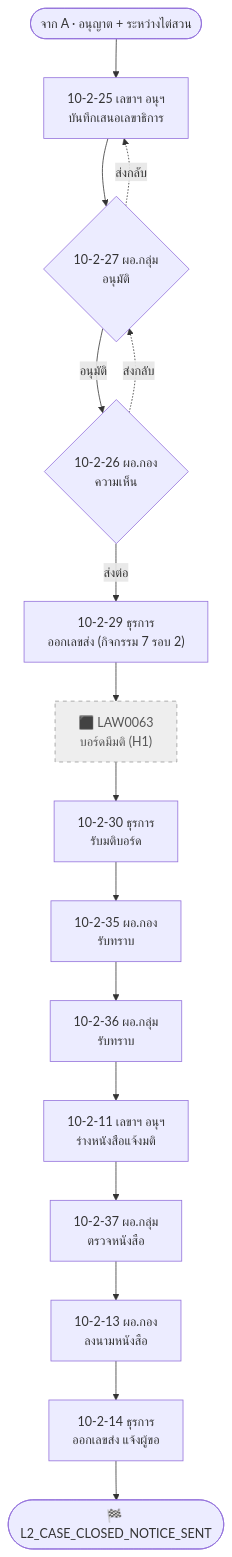
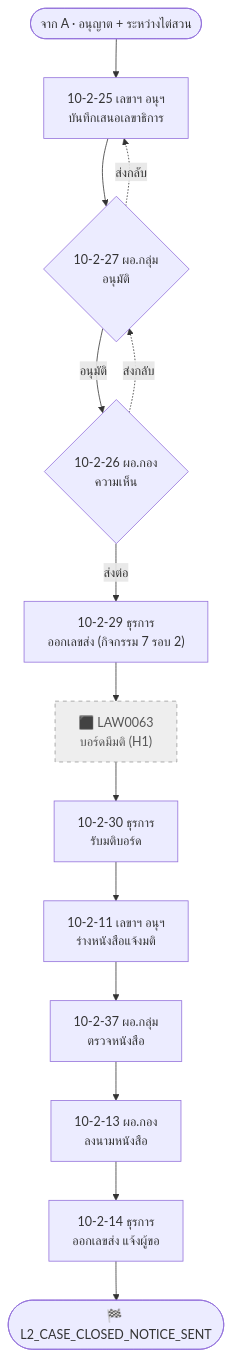
One commit to varitthon/E-CMIS-A4 changed the fourth of 4 diagrams in docs/activity10-flow-10.2.md. Above: the diagram before and after it, drawn with Mermaid. The commit also changed other lines of this file and 67 other files, not shown here.

First line of the commit message:
feat: ปรับ flow 10.2/10.3 — ตัดหน้ามอบหมายซ้ำ + ขยาย flow ทุเลา (10.3b)

````diff
--- a/docs/activity10-flow-10.2.md
+++ b/docs/activity10-flow-10.2.md
@@ -119,11 +119,11 @@
 ```mermaid
 flowchart TD
   S(["จาก A · อนุญาต + ระหว่างไต่สวน"]) --> D1["10-2-25 เลขาฯ อนุฯ<br/>บันทึกเสนอเลขาธิการ"] --> D2{"10-2-27 ผอ.กลุ่ม<br/>อนุมัติ"}
   D2 -. ส่งกลับ .-> D1
   D2 -- อนุมัติ --> D3{"10-2-26 ผอ.กอง<br/>ความเห็น"}
   D3 -. ส่งกลับ .-> D2
   D3 -- ส่งต่อ --> D4["10-2-29 ธุรการ<br/>ออกเลขส่ง (กิจกรรม 7 รอบ 2)"] --> X6["⬛ LAW0063<br/>บอร์ดมีมติ (H1)"]:::ext
-  X6 --> D5["10-2-30 ธุรการ<br/>รับมติบอร์ด"] --> D6["10-2-35 ผอ.กอง<br/>รับทราบ"] --> D7["10-2-36 ผอ.กลุ่ม<br/>รับทราบ"] --> D8["10-2-11 เลขาฯ อนุฯ<br/>ร่างหนังสือแจ้งมติ"]
+  X6 --> D5["10-2-30 ธุรการ<br/>รับมติบอร์ด"] --> D8["10-2-11 เลขาฯ อนุฯ<br/>ร่างหนังสือแจ้งมติ"]
   D8 --> D9["10-2-37 ผอ.กลุ่ม<br/>ตรวจหนังสือ"] --> D10["10-2-13 ผอ.กอง<br/>ลงนามหนังสือ"] --> D11["10-2-14 ธุรการ<br/>ออกเลขส่ง แจ้งผู้ขอ"] --> T(["🏁 L2_CASE_CLOSED_NOTICE_SENT"])
   classDef ext fill:#eeeeee,stroke:#999999,stroke-dasharray:5 5,color:#555555
 ```
````
